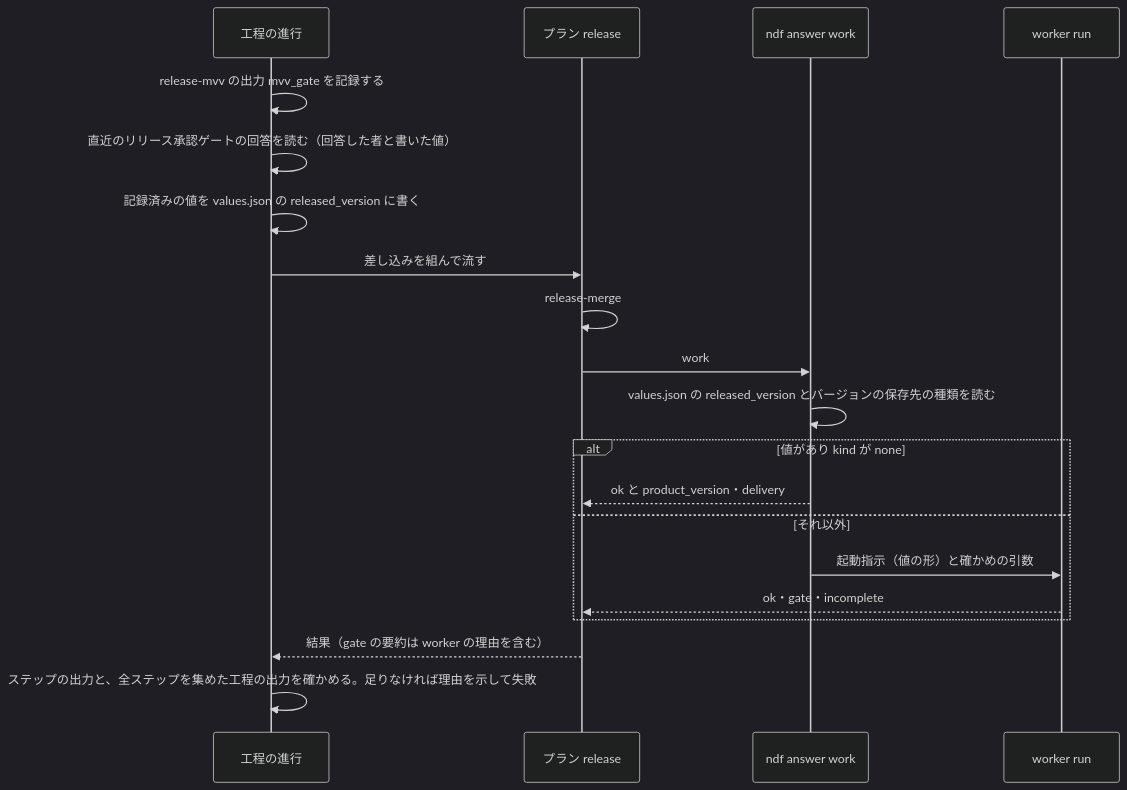
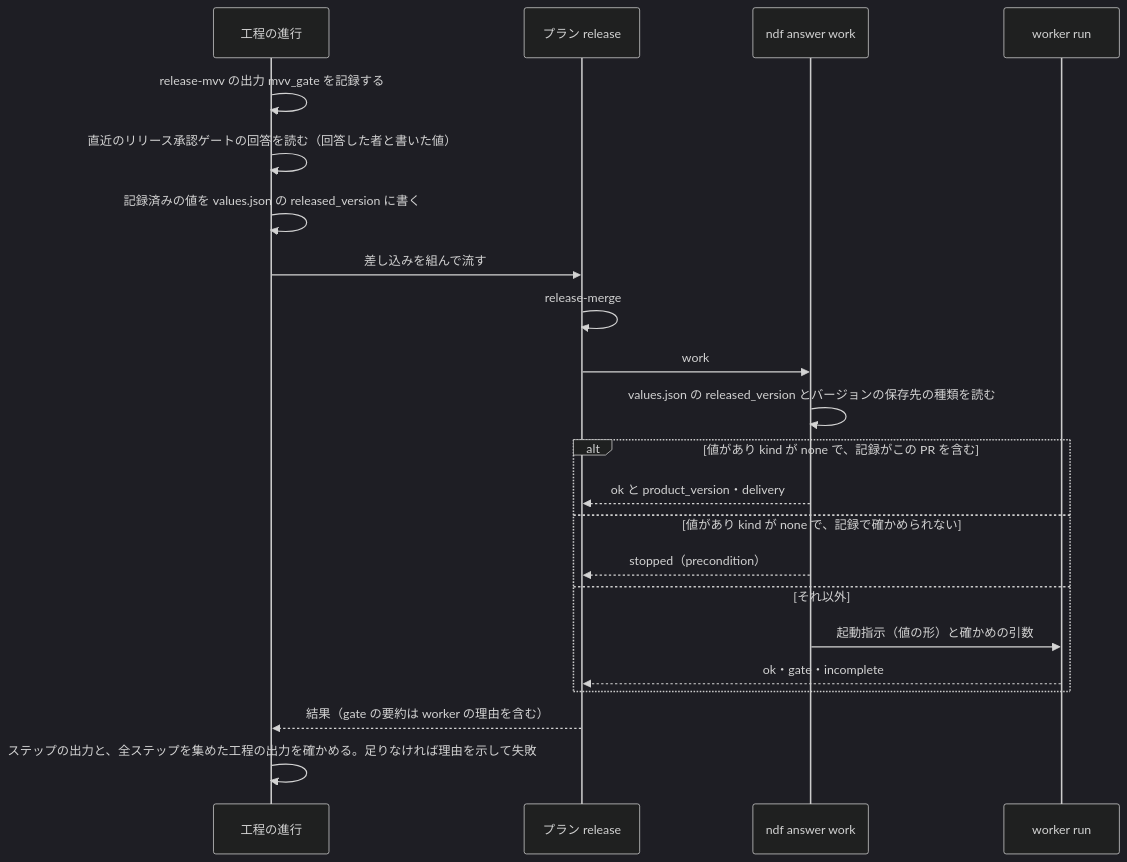
The third of 3 diagrams in issues/issue-4513-design.md (devbasex/ai-plugins), drawn with Mermaid (dark theme) before and after one commit. The commit also changed other lines of this file and 1 other file, not shown here.

````diff
--- a/issues/issue-4513-design.md
+++ b/issues/issue-4513-design.md
@@ -145,22 +171,24 @@
 ```mermaid
 sequenceDiagram
   participant P as 工程の進行
   participant T as プラン release
   participant E as ndf answer work
   participant W as worker run
   P->>P: release-mvv の出力 mvv_gate を記録する
   P->>P: 直近のリリース承認ゲートの回答を読む（回答した者と書いた値）
   P->>P: 記録済みの値を values.json の released_version に書く
   P->>T: 差し込みを組んで流す
   T->>T: release-merge
   T->>E: work
   E->>E: values.json の released_version とバージョンの保存先の種類を読む
-  alt 値があり kind が none
+  alt 値があり kind が none で、記録がこの PR を含む
     E-->>T: ok と product_version・delivery
+  else 値があり kind が none で、記録で確かめられない
+    E-->>T: stopped（precondition）
   else それ以外
     E->>W: 起動指示（値の形）と確かめの引数
     W-->>T: ok・gate・incomplete
   end
   T-->>P: 結果（gate の要約は worker の理由を含む）
   P->>P: ステップの出力と、全ステップを集めた工程の出力を確かめる。足りなければ理由を示して失敗
 ```
````
